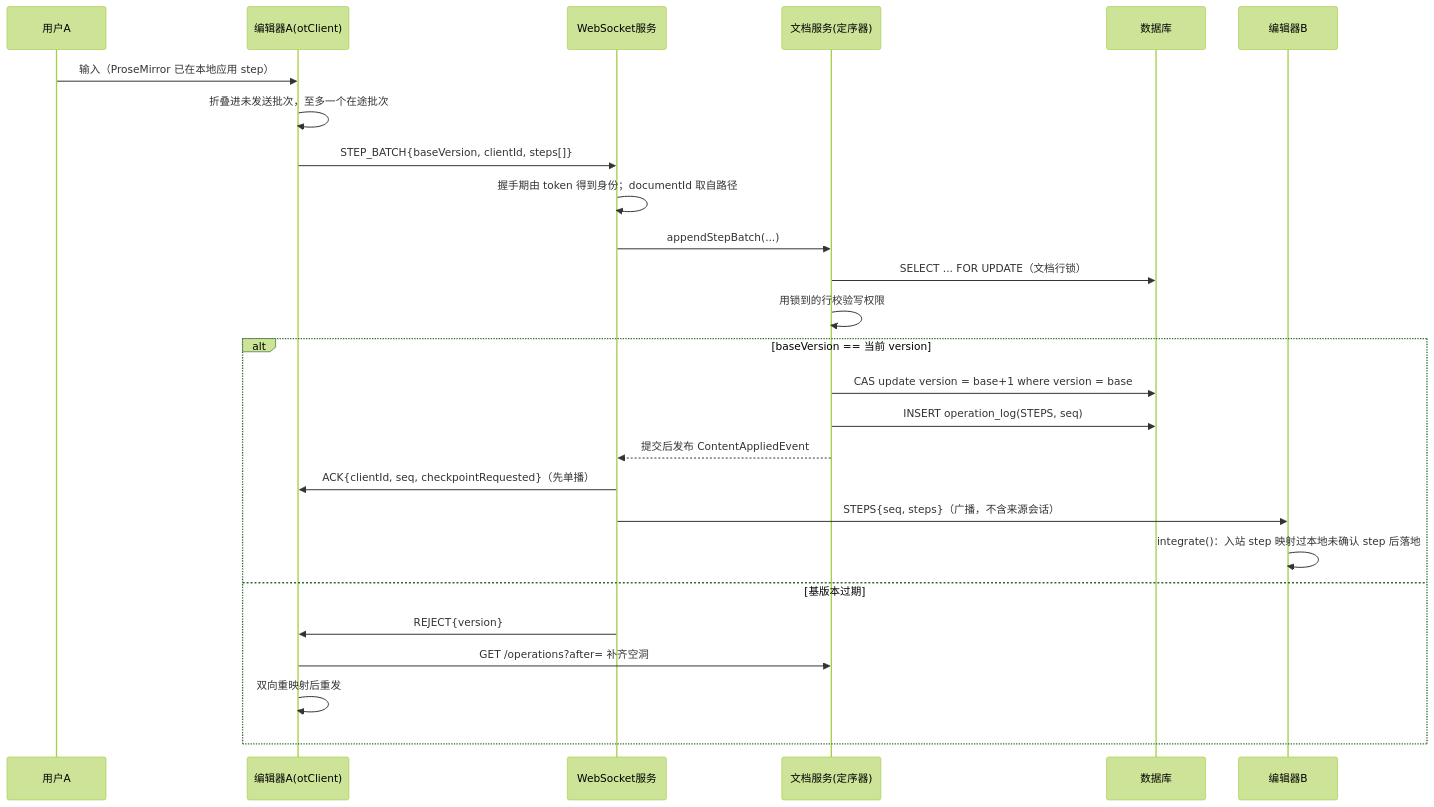
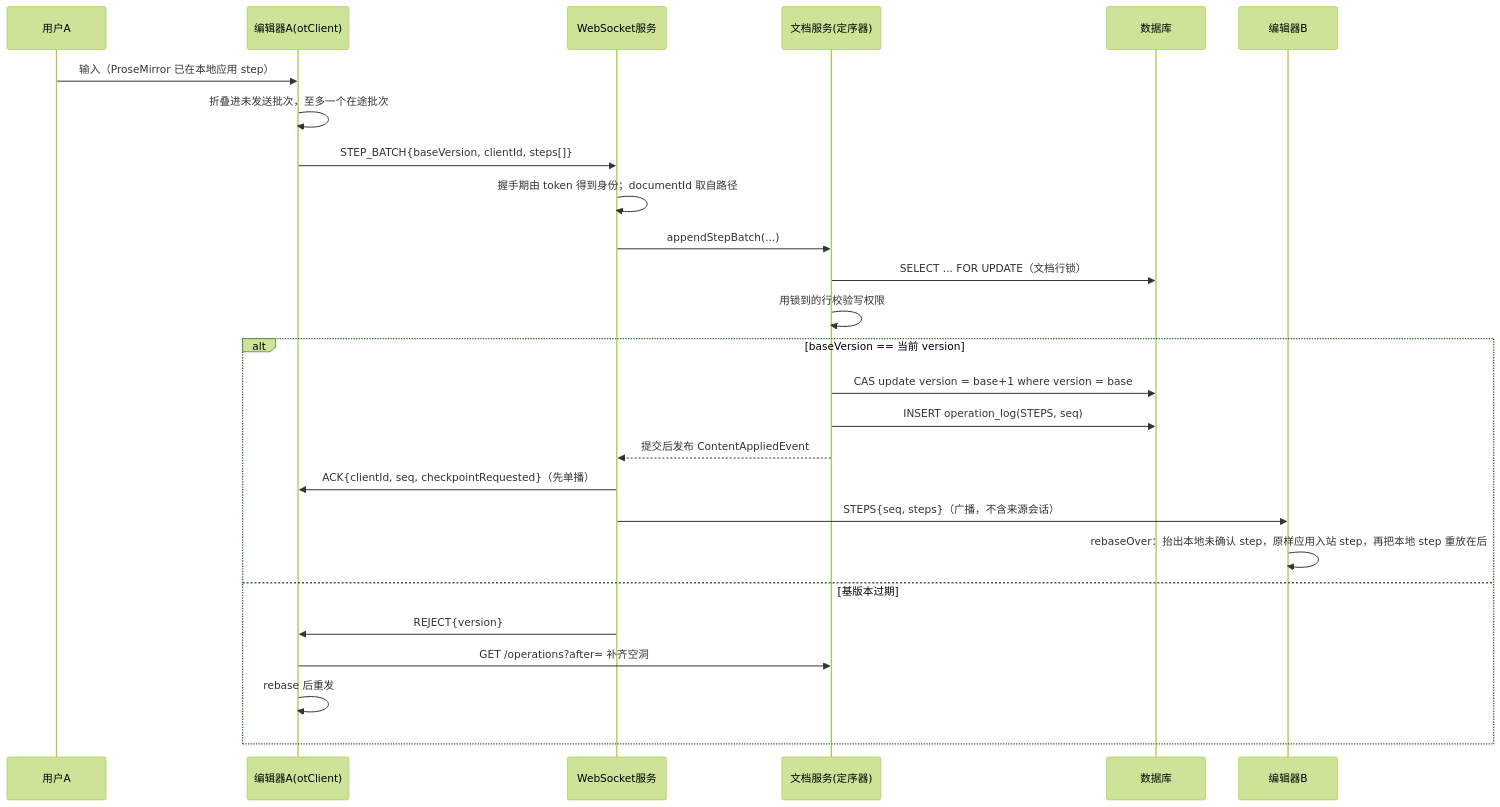
Before and after one commit to sky8791-flash/project-design: the third of 10 diagrams in 系统模式结构图.md, drawn with Mermaid (forest theme). The commit also changed other lines of this file and 1 other file, not shown here.

Commit message:
Sync the design docs with the rebase, which they still described as two-way mapping
P3's rule is that the documents and the code must not disagree, and today's client change broke that: both
design documents still said the incoming steps are mapped over our unacknowledged ones and ours over theirs,
and named `integrate()` in the sequence and component diagrams. That model was deleted in 174f627.

Reworded to what the code does -- lift our unacknowledged steps with their stored inverses, apply the incoming
steps exactly as the log has them, replay ours afterwards -- including in the two diagrams, plus the
checkpoint/halt rule (a row that cannot be replayed is terminal, not a reason to refetch forever) and the
history signals the rebase now provides.

````diff
--- a/系统模式结构图.md
+++ b/系统模式结构图.md
@@ -111,29 +111,29 @@
 ```mermaid
 sequenceDiagram
     participant User as 用户A
     participant EdA as 编辑器A(otClient)
     participant WS as WebSocket服务
     participant Svc as 文档服务(定序器)
     participant DB as 数据库
     participant EdB as 编辑器B
 
     User->>EdA: 输入（ProseMirror 已在本地应用 step）
     EdA->>EdA: 折叠进未发送批次，至多一个在途批次
     EdA->>WS: STEP_BATCH{baseVersion, clientId, steps[]}
     WS->>WS: 握手期由 token 得到身份；documentId 取自路径
     WS->>Svc: appendStepBatch(...)
     Svc->>DB: SELECT ... FOR UPDATE（文档行锁）
     Svc->>Svc: 用锁到的行校验写权限
     alt baseVersion == 当前 version
         Svc->>DB: CAS update version = base+1 where version = base
         Svc->>DB: INSERT operation_log(STEPS, seq)
         Svc-->>WS: 提交后发布 ContentAppliedEvent
         WS->>EdA: ACK{clientId, seq, checkpointRequested}（先单播）
         WS->>EdB: STEPS{seq, steps}（广播，不含来源会话）
-        EdB->>EdB: integrate()：入站 step 映射过本地未确认 step 后落地
+        EdB->>EdB: rebaseOver：抬出本地未确认 step，原样应用入站 step，再把本地 step 重放在后
     else 基版本过期
         WS->>EdA: REJECT{version}
         EdA->>Svc: GET /operations?after= 补齐空洞
-        EdA->>EdA: 双向重映射后重发
+        EdA->>EdA: rebase 后重发
     end
 ```
````
